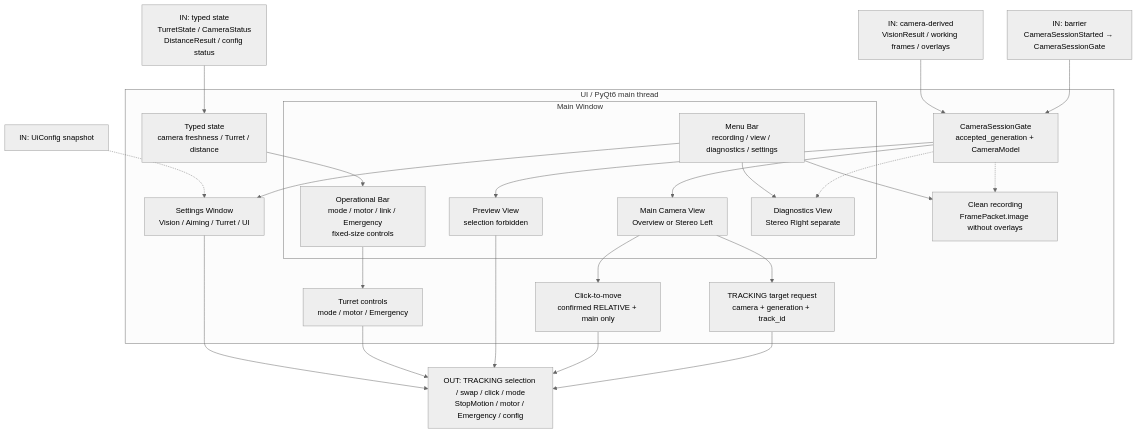
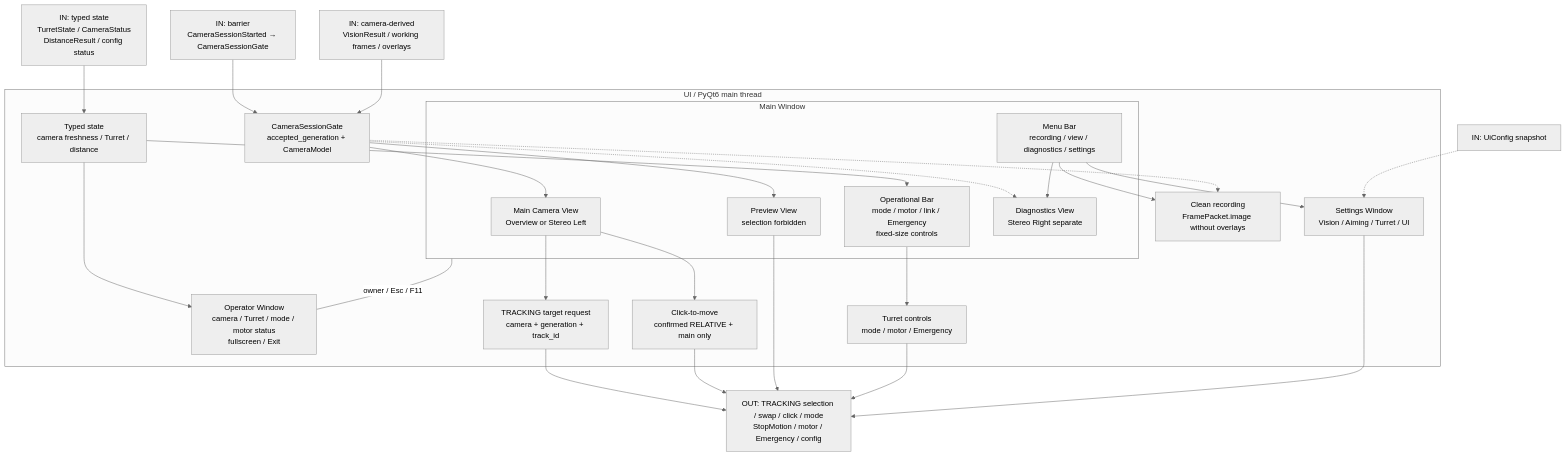
One commit to BelkaT4/navmin changed the diagram in docs/dev/diagrams/ui-diagram.mmd. Above: the diagram before and after it, drawn with Mermaid (neutral theme). The commit also changed 8 other files, not shown here.

Commit message:
feat(ui): refine operator controls and status window

```diff
--- a/docs/dev/diagrams/ui-diagram.mmd
+++ b/docs/dev/diagrams/ui-diagram.mmd
@@ -1,51 +1,54 @@
 flowchart TB
   flag_vision_in["IN: camera-derived<br/>VisionResult / working frames / overlays"]
   flag_session_in["IN: barrier<br/>CameraSessionStarted → CameraSessionGate"]
   flag_state_in["IN: typed state<br/>TurretState / CameraStatus<br/>DistanceResult / config status"]
   flag_core_out["OUT: TRACKING selection / swap / click / mode<br/>StopMotion / motor / Emergency / config"]
   flag_config_in["IN: UiConfig snapshot"]
 
   subgraph ui["UI / PyQt6 main thread"]
     session_gate["CameraSessionGate<br/>accepted_generation + CameraModel"]
 
     subgraph main_window["Main Window"]
       main_view["Main Camera View<br/>Overview or Stereo Left"]
       preview_view["Preview View<br/>selection forbidden"]
       top_bar["Menu Bar<br/>recording / view / diagnostics / settings"]
       bottom_bar["Operational Bar<br/>mode / motor / link / Emergency<br/>fixed-size controls"]
       diagnostics["Diagnostics View<br/>Stereo Right separate"]
     end
 
     settings["Settings Window<br/>Vision / Aiming / Turret / UI"]
+    operator_window["Operator Window<br/>camera / Turret / mode / motor status<br/>fullscreen / Exit"]
     selection["TRACKING target request<br/>camera + generation + track_id"]
     click_move["Click-to-move<br/>confirmed RELATIVE + main only"]
     turret_controls["Turret controls<br/>mode / motor / Emergency"]
     recording["Clean recording<br/>FramePacket.image without overlays"]
     state_view["Typed state<br/>camera freshness / Turret / distance"]
   end
 
   flag_session_in --> session_gate
   flag_vision_in --> session_gate
   session_gate --> main_view
   session_gate --> preview_view
   session_gate -.-> diagnostics
   session_gate -.-> recording
   flag_state_in --> state_view
+  state_view --> operator_window
+  main_window ---|"owner / Esc / F11"| operator_window
 
   main_view --> selection
   main_view --> click_move
   selection --> flag_core_out
   click_move --> flag_core_out
 
   preview_view --> flag_core_out
   top_bar --> settings
   top_bar --> diagnostics
   top_bar --> recording
   bottom_bar --> turret_controls
   turret_controls --> flag_core_out
   settings --> flag_core_out
   flag_config_in -.-> settings
   state_view --> bottom_bar
-%% graph:positions {"ui":{"x":130,"y":110,"w":1100,"h":900},"main_window":{"x":157,"y":190,"w":726,"h":354},"flag_vision_in":{"x":456,"y":-36},"flag_session_in":{"x":664,"y":-36},"flag_state_in":{"x":1284,"y":401,"w":160,"h":93},"flag_core_out":{"x":624,"y":1092,"w":160,"h":114},"flag_config_in":{"x":1284,"y":732},"session_gate":{"x":430,"y":70},"main_view":{"x":273,"y":36},"preview_view":{"x":485,"y":36},"top_bar":{"x":529,"y":252},"bottom_bar":{"x":529,"y":120},"diagnostics":{"x":69,"y":36},"settings":{"x":854,"y":622},"selection":{"x":110,"y":598,"w":160,"h":78},"click_move":{"x":302,"y":622},"turret_controls":{"x":486,"y":598,"w":160,"h":78},"recording":{"x":166,"y":70},"state_view":{"x":914,"y":310}}
-%% graph:edges {"flag_session_in>session_gate":{"label":[60,-10]},"flag_vision_in>session_gate":{"label":[70,20]},"session_gate>main_view":{"label":[-20,-20]},"session_gate>preview_view":{"label":[25,-20]},"flag_state_in>state_view":{"label":[60,5]},"main_view>selection":{"label":[-30,55]},"main_view>click_move":{"label":[15,65]},"selection>flag_core_out":{"label":[80,10]},"click_move>flag_core_out":{"label":[70,25]},"turret_controls>flag_core_out":{"label":[45,-25]},"settings>flag_core_out":{"label":[85,45]}}
+%% graph:positions {"ui":{"x":130,"y":110,"w":1100,"h":900},"main_window":{"x":157,"y":190,"w":726,"h":354},"flag_vision_in":{"x":456,"y":-36},"flag_session_in":{"x":664,"y":-36},"flag_state_in":{"x":1284,"y":401,"w":160,"h":93},"flag_core_out":{"x":624,"y":1092,"w":160,"h":114},"flag_config_in":{"x":1284,"y":732},"session_gate":{"x":430,"y":70},"main_view":{"x":273,"y":36},"preview_view":{"x":485,"y":36},"top_bar":{"x":529,"y":252},"bottom_bar":{"x":529,"y":120},"diagnostics":{"x":69,"y":36},"settings":{"x":854,"y":622},"operator_window":{"x":886,"y":86,"w":220,"h":96},"selection":{"x":110,"y":598,"w":160,"h":78},"click_move":{"x":302,"y":622},"turret_controls":{"x":486,"y":598,"w":160,"h":78},"recording":{"x":166,"y":70},"state_view":{"x":914,"y":310}}
+%% graph:edges {"flag_session_in>session_gate":{"label":[60,-10]},"flag_vision_in>session_gate":{"label":[70,20]},"session_gate>main_view":{"label":[-20,-20]},"session_gate>preview_view":{"label":[25,-20]},"flag_state_in>state_view":{"label":[60,5]},"state_view>operator_window":{"label":[55,-15]},"main_window>operator_window":{"label":[42,-20]},"main_view>selection":{"label":[-30,55]},"main_view>click_move":{"label":[15,65]},"selection>flag_core_out":{"label":[80,10]},"click_move>flag_core_out":{"label":[70,25]},"turret_controls>flag_core_out":{"label":[45,-25]},"settings>flag_core_out":{"label":[85,45]}}
 %% graph:waypoints {"main_view>selection":[[346,428]],"selection>flag_core_out":[[320,847]],"click_move>flag_core_out":[[512,828]],"settings>flag_core_out":[[1064,867]]}
```
